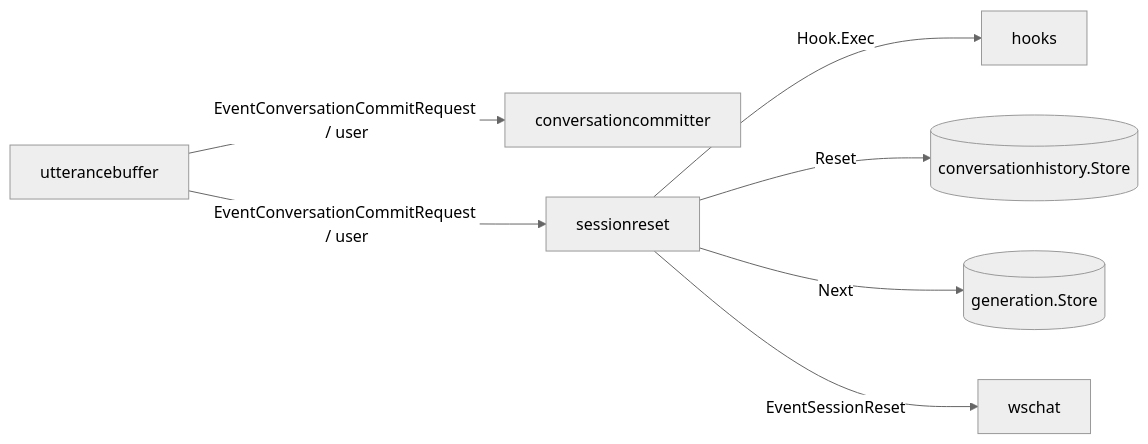
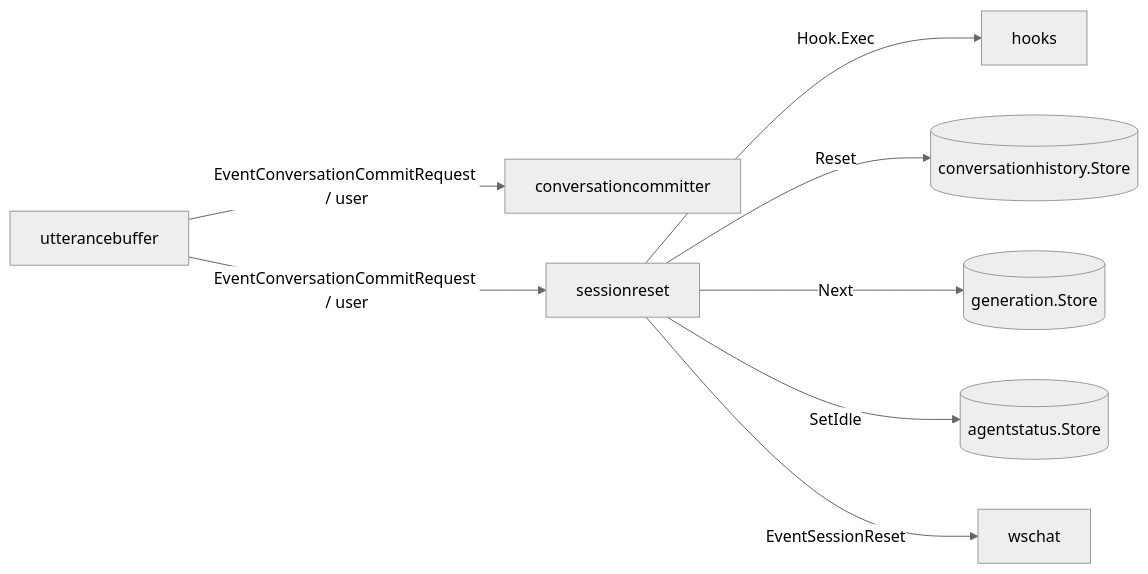
The second of 2 diagrams in docs/components/sessionreset.md (tetetratra/smart-speaker), drawn with Mermaid (neutral theme) before and after one commit. The commit also changed other lines of this file and 8 other files, not shown here.

````diff
--- a/docs/components/sessionreset.md
+++ b/docs/components/sessionreset.md
@@ -101,9 +106,10 @@
 ```mermaid
 flowchart LR
     UB[utterancebuffer] -->|EventConversationCommitRequest / user| CC[conversationcommitter]
     UB -->|EventConversationCommitRequest / user| SR[sessionreset]
     SR -->|Hook.Exec| H[hooks]
     SR -->|Reset| CH[(conversationhistory.Store)]
     SR -->|Next| GEN[(generation.Store)]
+    SR -->|SetIdle| AS[(agentstatus.Store)]
     SR -->|EventSessionReset| WS[wschat]
 ```
````
